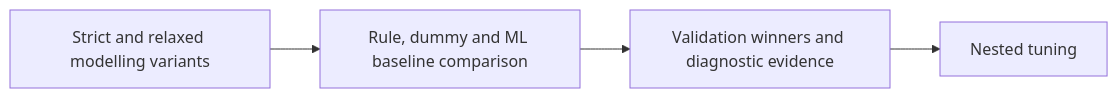
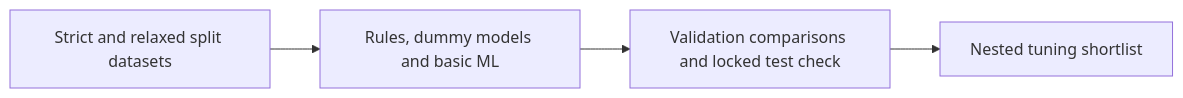
The diagram in docs/notebooks/06_modeling_baseline.md (Ferreter/Dissertation), drawn with Mermaid before and after one commit. The commit also changed other lines of this file and 27 other files, not shown here.

````diff
--- a/docs/notebooks/06_modeling_baseline.md
+++ b/docs/notebooks/06_modeling_baseline.md
@@ -12,6 +13,6 @@
 ```mermaid
 flowchart LR
-    A["Strict and relaxed modelling variants"] --> B["Rule, dummy and ML baseline comparison"]
-    B --> C["Validation winners and diagnostic evidence"]
-    C --> D["Nested tuning"]
+    A["Strict and relaxed split datasets"] --> B["Rules, dummy models and basic ML"]
+    B --> C["Validation comparisons and locked test check"]
+    C --> D["Nested tuning shortlist"]
 ```
````
